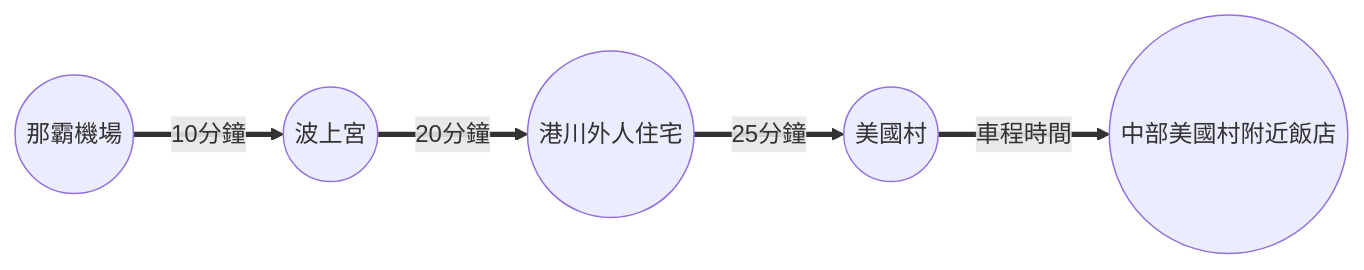
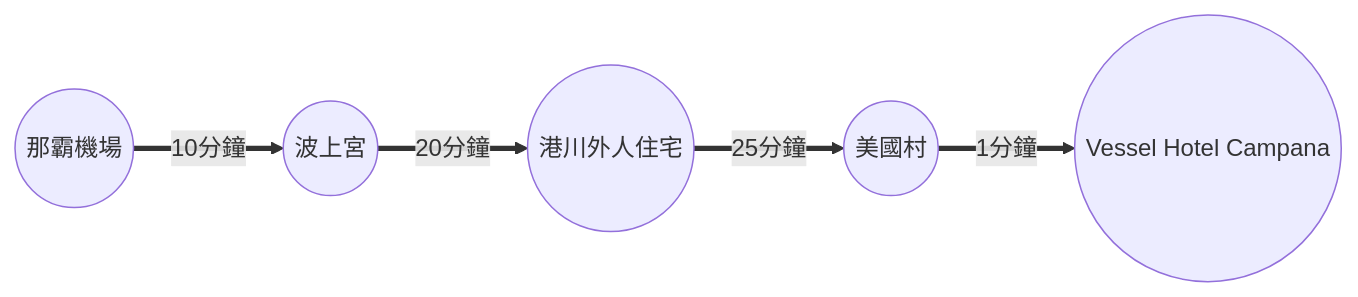
One commit to wilder640/trip changed the second of 6 diagrams in docs/blog/posts/okinawa/okinawa-2024-12/okinawa-2024-12.md. Above: the diagram before and after it, drawn with Mermaid. The commit also changed other lines of this file, not shown here.

````diff
--- a/docs/blog/posts/okinawa/okinawa-2024-12/okinawa-2024-12.md
+++ b/docs/blog/posts/okinawa/okinawa-2024-12/okinawa-2024-12.md
@@ -35,4 +39,4 @@
 ``` mermaid
 graph LR
-  A((那霸機場)) == 10分鐘 ==> B((波上宮)) == 20分鐘 ==> C((港川外人住宅)) == 25分鐘 ==> D((美國村)) == 車程時間 ==> E((中部美國村附近飯店))
+  A((那霸機場)) == 10分鐘 ==> B((波上宮)) == 20分鐘 ==> C((港川外人住宅)) == 25分鐘 ==> D((美國村)) == 1分鐘 ==> E((Vessel Hotel Campana))
 ```
````
